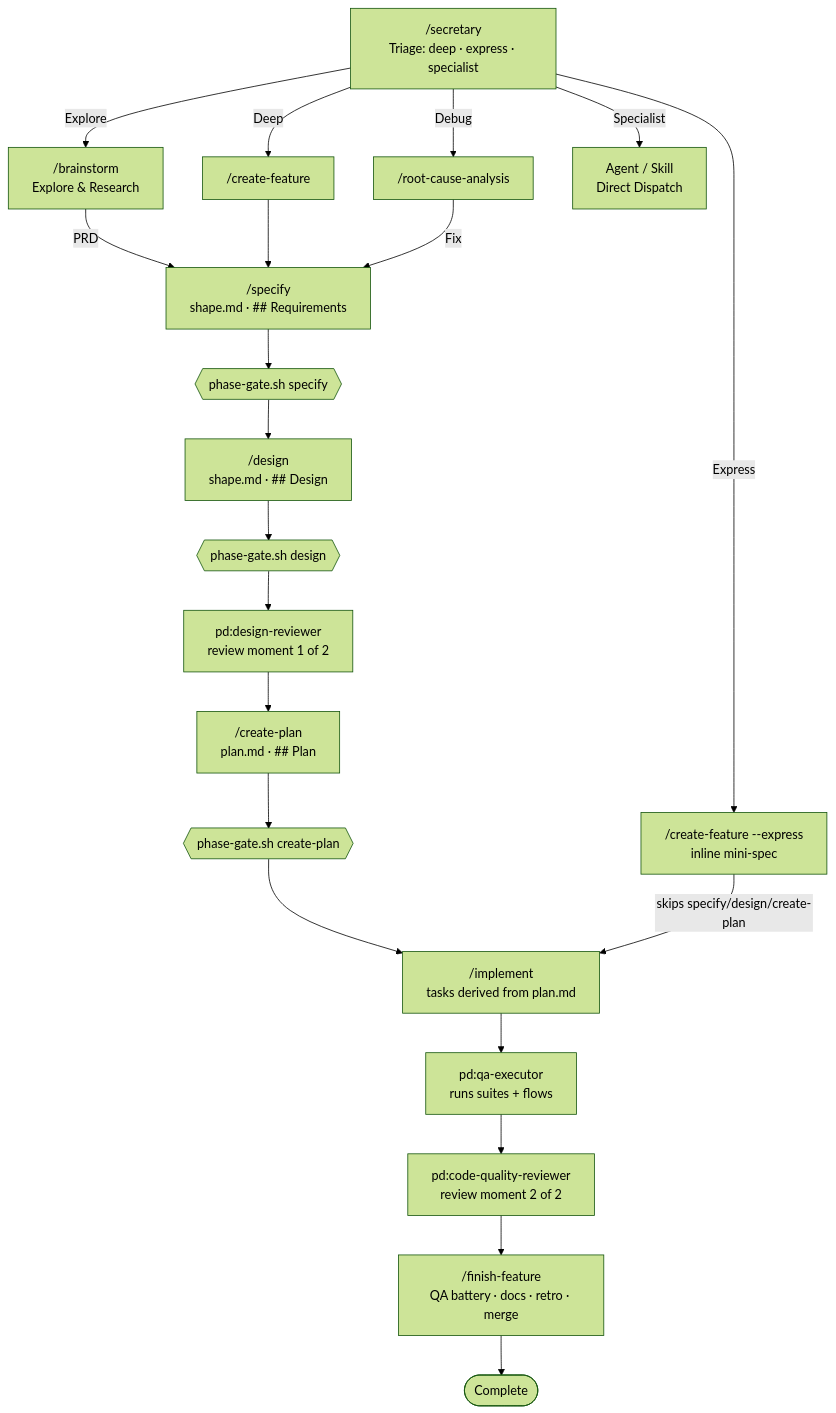
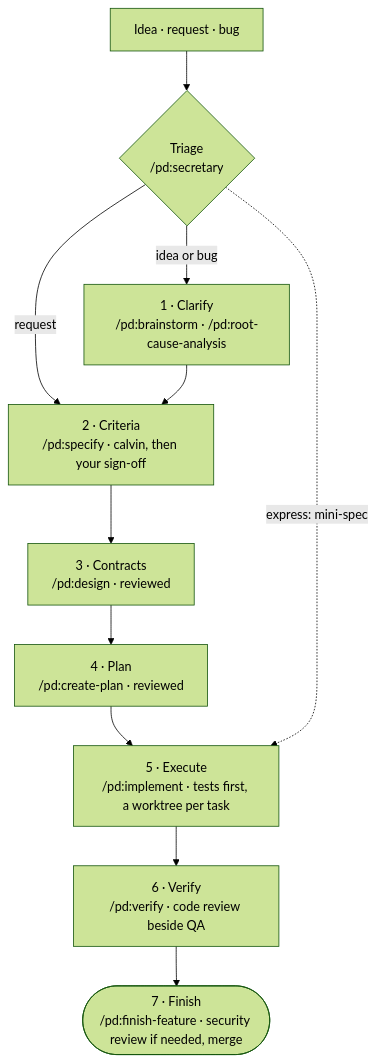
Before and after one commit to clthuang/pedantic-drip: the diagram in README.md, drawn with Mermaid (forest theme). The commit also changed other lines of this file and 1 other file, not shown here.

First line of the commit message:
docs: the root README rewritten for thin pd, with a simple workflow diagram

````diff
--- a/README.md
+++ b/README.md
@@ -137,26 +54,13 @@
 ```mermaid
 flowchart TD
-    SEC["/secretary<br/>Triage: deep · express · specialist"] -->|Explore| BS["/brainstorm<br/>Explore & Research"]
-    SEC -->|Deep| CF["/create-feature"]
-    SEC -->|Express| CFX["/create-feature --express<br/>inline mini-spec"]
-    SEC -->|Debug| RCA["/root-cause-analysis"]
-    SEC -->|Specialist| AGENT["Agent / Skill<br/>Direct Dispatch"]
-
-    BS -->|PRD| SPEC
-    CF --> SPEC
-    RCA -->|Fix| SPEC
-
-    SPEC["/specify<br/>shape.md · ## Requirements"] --> G1{{"phase-gate.sh specify"}}
-    G1 --> DES["/design<br/>shape.md · ## Design"]
-    DES --> G2{{"phase-gate.sh design"}}
-    G2 --> DR["pd:design-reviewer<br/>review moment 1 of 2"]
-    DR --> PLN["/create-plan<br/>plan.md · ## Plan"]
-    PLN --> G3{{"phase-gate.sh create-plan"}}
-    G3 --> IMP
-    CFX -->|skips specify/design/create-plan| IMP
-
-    IMP["/implement<br/>tasks derived from plan.md"] --> QA["pd:qa-executor<br/>runs suites + flows"]
-    QA --> CQ["pd:code-quality-reviewer<br/>review moment 2 of 2"]
-    CQ --> FIN["/finish-feature<br/>QA battery · docs · retro · merge"]
-    FIN --> DONE([Complete])
+    IN["Idea · request · bug"] --> TRI{"Triage<br/>/pd:secretary"}
+    TRI -->|idea or bug| CLAR["1 · Clarify<br/>/pd:brainstorm · /pd:root-cause-analysis"]
+    TRI -->|request| CRIT
+    CLAR --> CRIT["2 · Criteria<br/>/pd:specify · calvin, then your sign-off"]
+    CRIT --> CON["3 · Contracts<br/>/pd:design · reviewed"]
+    CON --> PLAN["4 · Plan<br/>/pd:create-plan · reviewed"]
+    PLAN --> EXEC["5 · Execute<br/>/pd:implement · tests first, a worktree per task"]
+    EXEC --> VER["6 · Verify<br/>/pd:verify · code review beside QA"]
+    VER --> FIN(["7 · Finish<br/>/pd:finish-feature · security review if needed, merge"])
+    TRI -.->|express: mini-spec| EXEC
 ```
````
